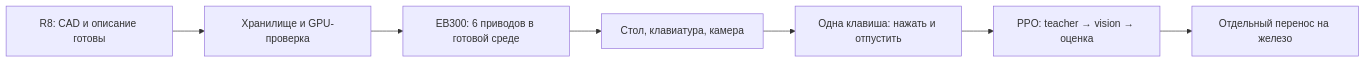
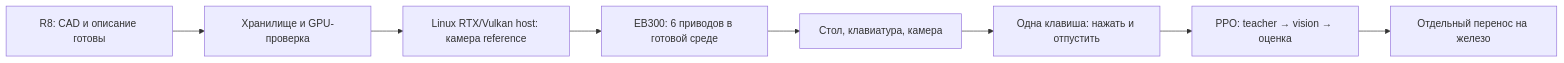
One commit to igorastashov/RoboHand.Simulator changed the diagram in docs/start-here-r8.md. Above: the diagram before and after it, drawn with Mermaid. The commit also changed other lines of this file, not shown here.

Commit message:
Clarify EB300 progress and pending RTX host choice

````diff
--- a/docs/start-here-r8.md
+++ b/docs/start-here-r8.md
@@ -76,9 +88,10 @@
 ```mermaid
 flowchart LR
     A["R8: CAD и описание готовы"] --> B["Хранилище и GPU-проверка"]
-    B --> C["EB300: 6 приводов в готовой среде"]
+    B --> H["Linux RTX/Vulkan host: камера reference"]
+    H --> C["EB300: 6 приводов в готовой среде"]
     C --> D["Стол, клавиатура, камера"]
     D --> E["Одна клавиша: нажать и отпустить"]
     E --> F["PPO: teacher → vision → оценка"]
     F --> G["Отдельный перенос на железо"]
 ```
````
